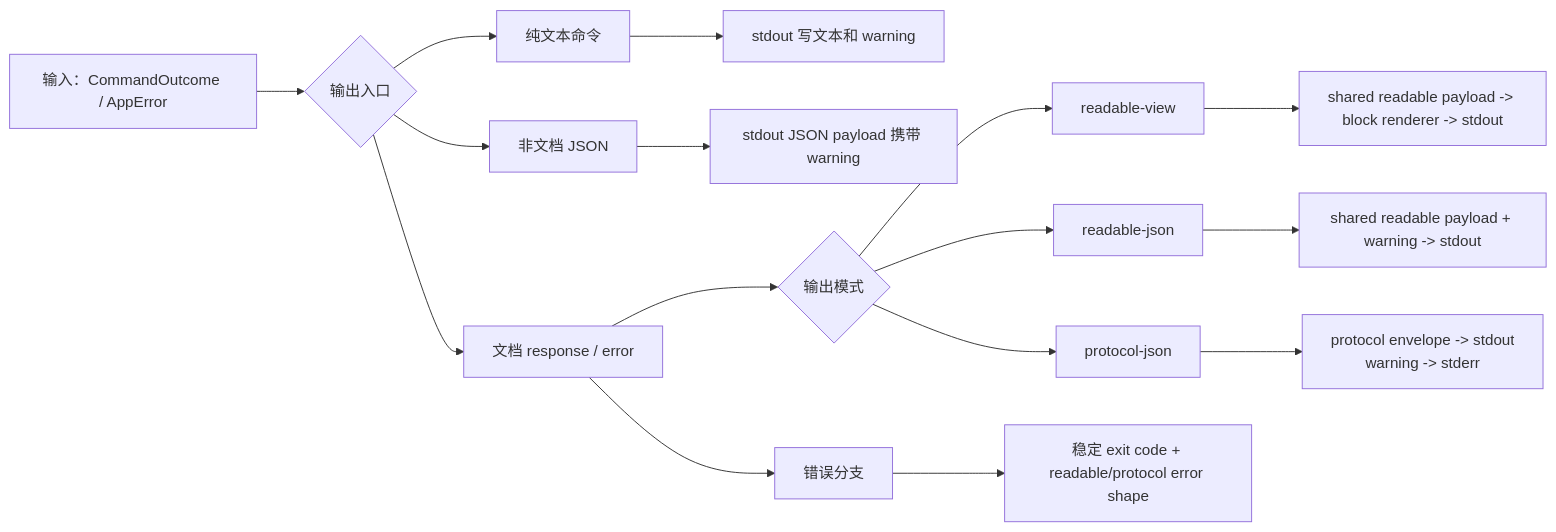
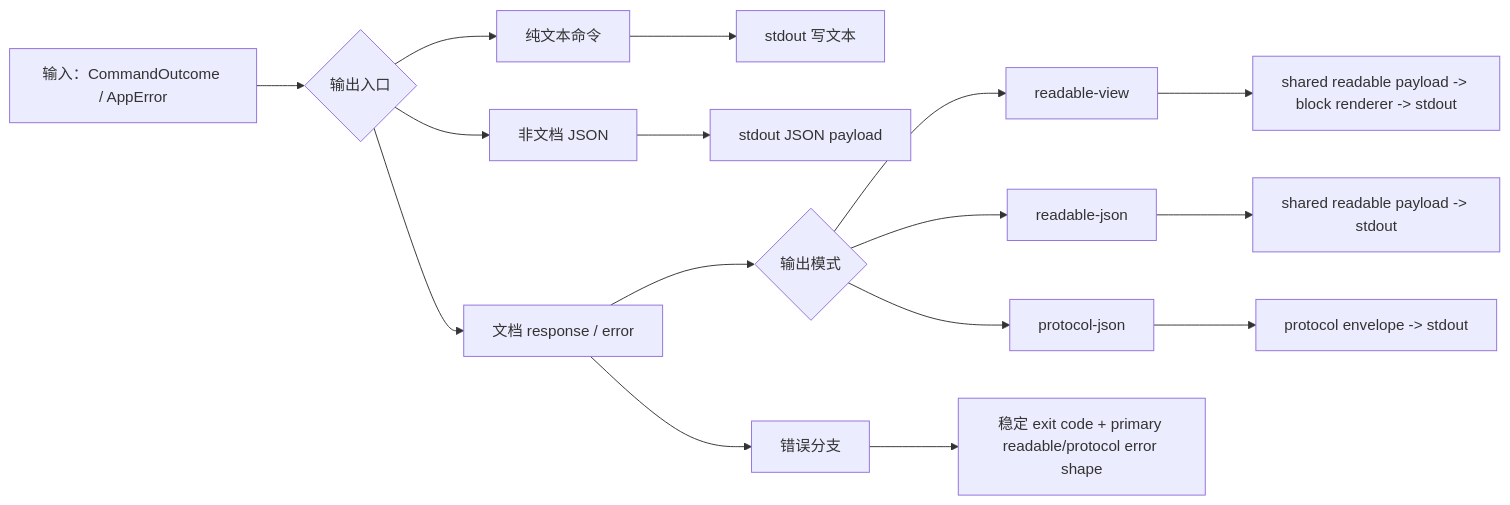
One commit to zxyycom/docnav changed the first of 7 diagrams in docs/testing/cases.md. Above: the diagram before and after it, drawn with Mermaid. The commit also changed other lines of this file and 172 other files, not shown here.

````diff
--- a/docs/testing/cases.md
+++ b/docs/testing/cases.md
@@ -196,18 +197,18 @@
 ```mermaid
 flowchart LR
   A["输入：CommandOutcome / AppError"] --> B{"输出入口"}
   B --> C["纯文本命令"]
-  C --> C1["stdout 写文本和 warning"]
+  C --> C1["stdout 写文本"]
   B --> D["非文档 JSON"]
-  D --> D1["stdout JSON payload 携带 warning"]
+  D --> D1["stdout JSON payload"]
   B --> E["文档 response / error"]
   E --> F{"输出模式"}
   F --> G["readable-view"]
   G --> G1["shared readable payload -> block renderer -> stdout"]
   F --> H["readable-json"]
-  H --> H1["shared readable payload + warning -> stdout"]
+  H --> H1["shared readable payload -> stdout"]
   F --> I["protocol-json"]
-  I --> I1["protocol envelope -> stdout<br/>warning -> stderr"]
+  I --> I1["protocol envelope -> stdout"]
   E --> J["错误分支"]
-  J --> J1["稳定 exit code + readable/protocol error shape"]
+  J --> J1["稳定 exit code + primary readable/protocol error shape"]
 ```
````
